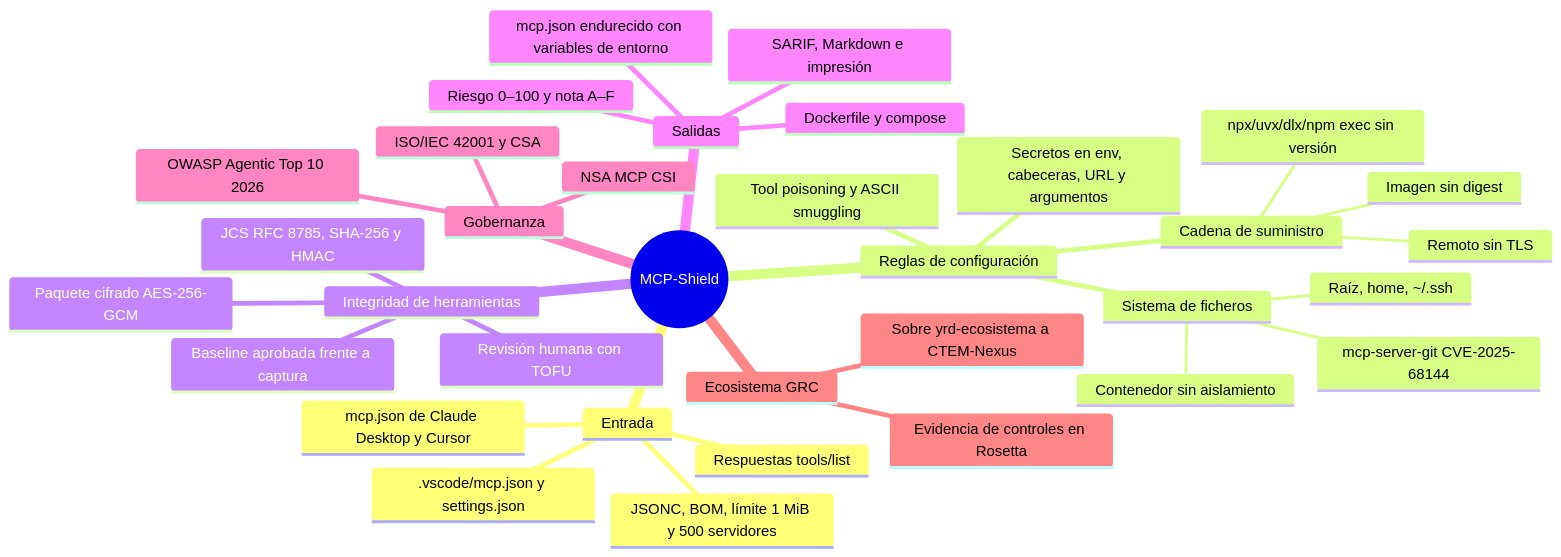
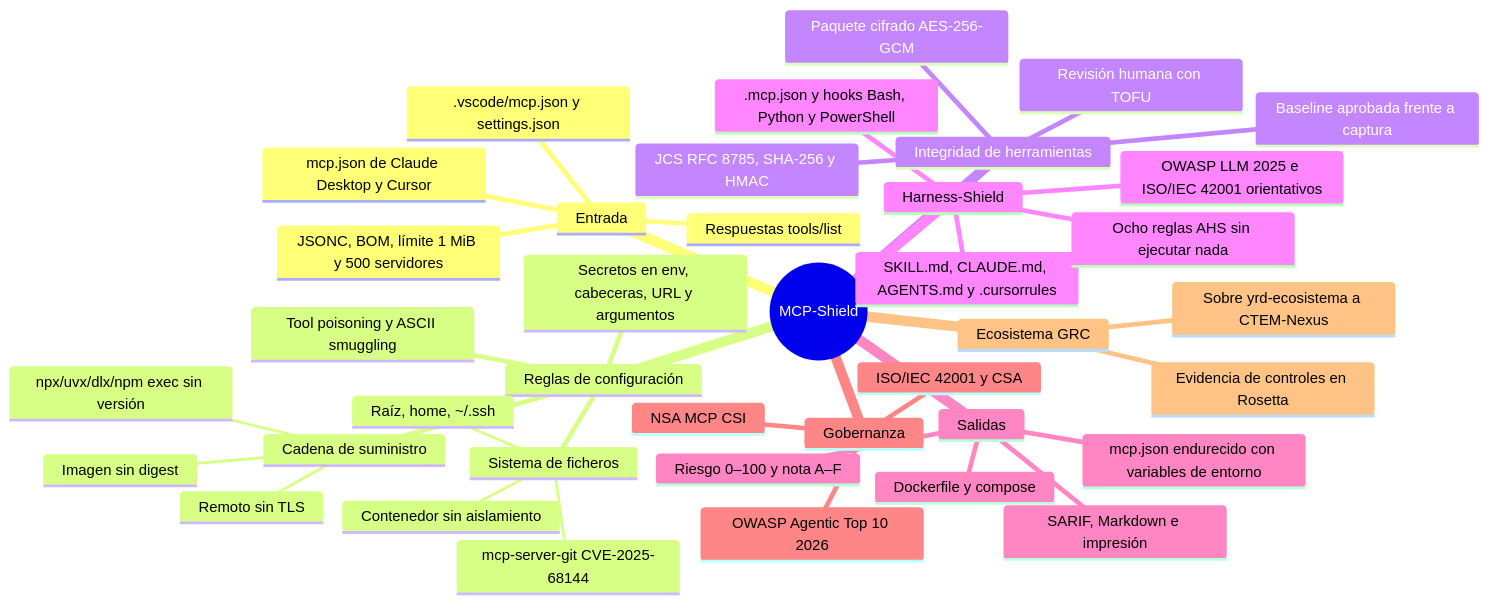
The first of 2 diagrams in README.md (heindall92/mcp-shield), drawn with Mermaid before and after one commit. The commit also changed other lines of this file and 26 other files, not shown here.

First line of the commit message:
feat: pestaña Harness-Shield (v1.7.0)

````diff
--- a/README.md
+++ b/README.md
@@ -157,37 +158,42 @@
 ```mermaid
 mindmap
   root((MCP-Shield))
     Entrada
       mcp.json de Claude Desktop y Cursor
       .vscode/mcp.json y settings.json
       JSONC, BOM, límite 1 MiB y 500 servidores
       Respuestas tools/list
     Reglas de configuración
       Cadena de suministro
         npx/uvx/dlx/npm exec sin versión
         Imagen sin digest
         Remoto sin TLS
       Sistema de ficheros
         Raíz, home, ~/.ssh
         mcp-server-git CVE-2025-68144
         Contenedor sin aislamiento
       Secretos en env, cabeceras, URL y argumentos
       Tool poisoning y ASCII smuggling
     Integridad de herramientas
       Baseline aprobada frente a captura
       JCS RFC 8785, SHA-256 y HMAC
       Revisión humana con TOFU
       Paquete cifrado AES-256-GCM
+    Harness-Shield
+      SKILL.md, CLAUDE.md, AGENTS.md y .cursorrules
+      .mcp.json y hooks Bash, Python y PowerShell
+      Ocho reglas AHS sin ejecutar nada
+      OWASP LLM 2025 e ISO/IEC 42001 orientativos
     Salidas
       Riesgo 0–100 y nota A–F
       mcp.json endurecido con variables de entorno
       Dockerfile y compose
       SARIF, Markdown e impresión
     Gobernanza
       OWASP Agentic Top 10 2026
       NSA MCP CSI
       ISO/IEC 42001 y CSA
     Ecosistema GRC
       Sobre yrd-ecosistema a CTEM-Nexus
       Evidencia de controles en Rosetta
 ```
````
